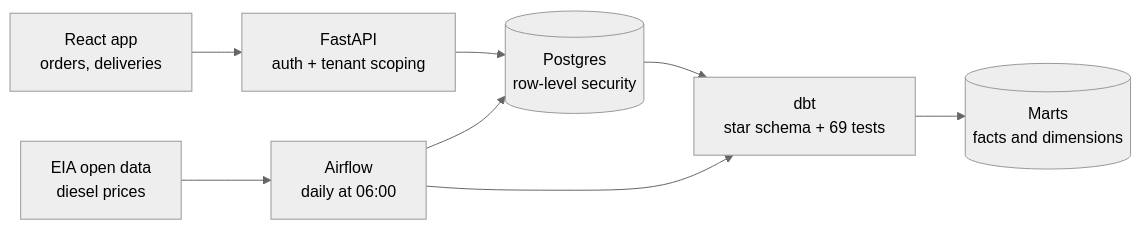
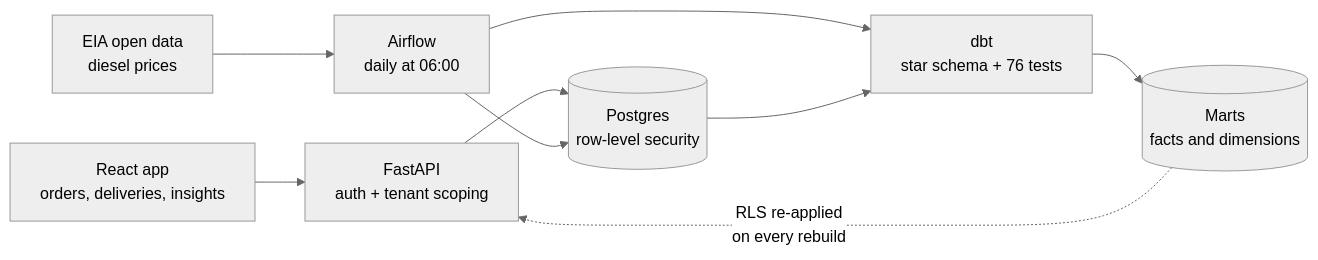
One commit to Pogbebs/dispatchledger changed the diagram in README.md. Above: the diagram before and after it, drawn with Mermaid (neutral theme). The commit also changed other lines of this file and 19 other files, not shown here.

````diff
--- a/README.md
+++ b/README.md
@@ -15,10 +15,11 @@
 ```mermaid
 flowchart LR
-    U[React app<br/>orders, deliveries] --> A[FastAPI<br/>auth + tenant scoping]
+    U[React app<br/>orders, deliveries, insights] --> A[FastAPI<br/>auth + tenant scoping]
     A --> P[(Postgres<br/>row-level security)]
     E[EIA open data<br/>diesel prices] --> W[Airflow<br/>daily at 06:00]
     W --> P
-    W --> D[dbt<br/>star schema + 69 tests]
+    W --> D[dbt<br/>star schema + 76 tests]
     P --> D
     D --> M[(Marts<br/>facts and dimensions)]
+    M -.->|RLS re-applied<br/>on every rebuild| A
 ```
````
